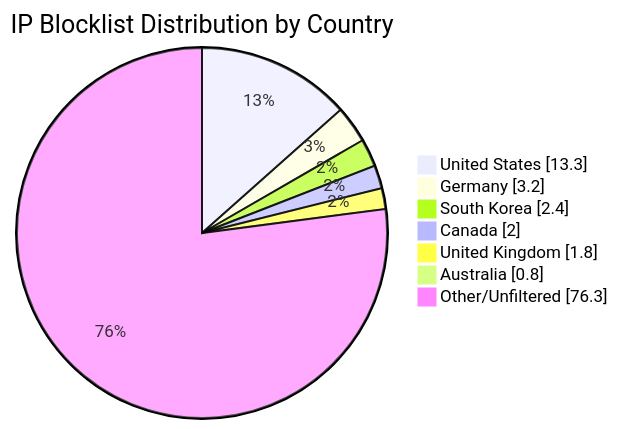
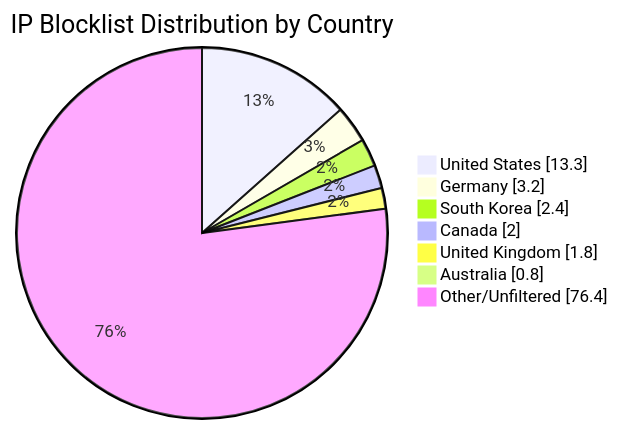
One commit to MarcusHoltz/ipblocklist-geofiltered-aggregator changed the diagram in README.md. Above: the diagram before and after it, drawn with Mermaid. The commit also changed other lines of this file and 9 other files, not shown here.

````diff
--- a/README.md
+++ b/README.md
@@ -34,10 +34,10 @@
 ```mermaid
 pie showData title IP Blocklist Distribution by Country
 "United States" : 13.3
 "Germany" : 3.2
 "South Korea" : 2.4
 "Canada" : 2.0
 "United Kingdom" : 1.8
 "Australia" : 0.8
-"Other/Unfiltered" : 76.3
+"Other/Unfiltered" : 76.4
 ```
````
